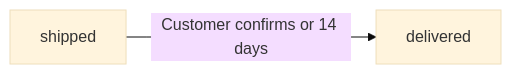
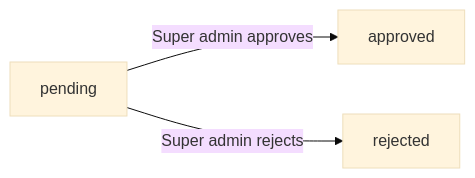
Before and after one commit to wrtnlabs/autobe-examples: the fifth of 5 diagrams in qwen/qwen3.5-397b-a17b/shopping/docs/analysis/02-domain-model.md, drawn with Mermaid (base theme). The commit also changed other lines of this file and 32093 other files, not shown here.

````diff
--- a/qwen/qwen3.5-397b-a17b/shopping/docs/analysis/02-domain-model.md
+++ b/qwen/qwen3.5-397b-a17b/shopping/docs/analysis/02-domain-model.md
@@ -847,4 +880,5 @@
 ```mermaid
 flowchart LR
-    A["shipped"] -->|"Customer confirms or 14 days"| B["delivered"]
+    A["pending"] -->|"Super admin approves"| B["approved"]
+    A -->|"Super admin rejects"| C["rejected"]
 ```
````
